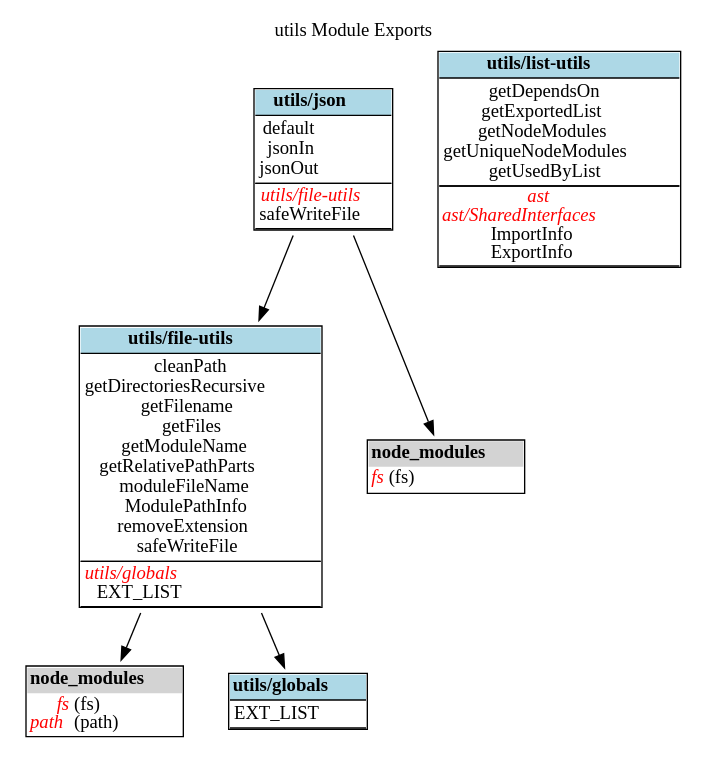
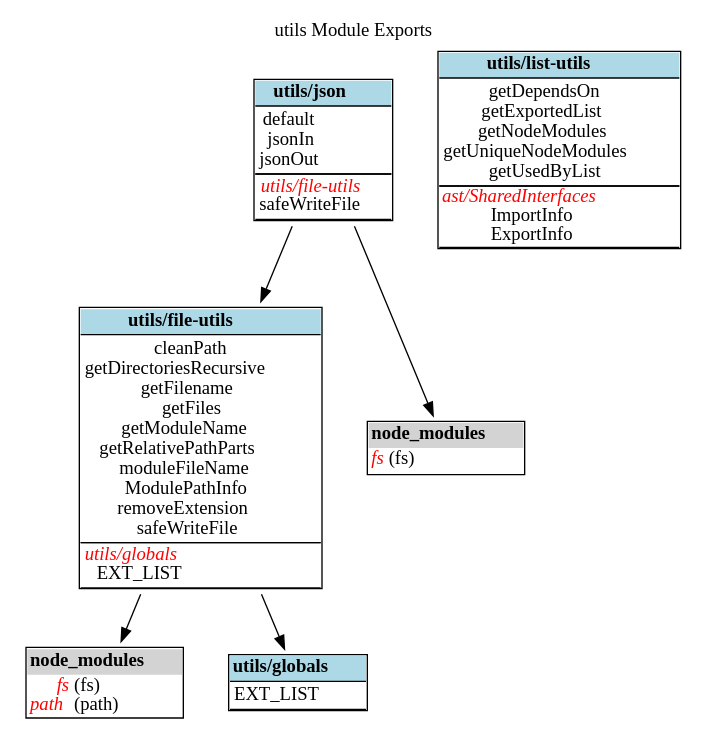
One commit to fleebe/GitHubPages changed the diagram in dep-graph-ts/utils/ExportGraph.dot. Above: the diagram before and after it, drawn with Graphviz. The commit also changed 97 other files, not shown here.

Commit message:
Update docs for dep-graph-ts from fleebe/dep-graph-ts workflow

```diff
--- a/dep-graph-ts/utils/ExportGraph.dot
+++ b/dep-graph-ts/utils/ExportGraph.dot
@@ -1,73 +1,72 @@
 digraph {label="utils Module Exports";
 labelloc="t";
 "utils/file-utils" [shape=none, label=<<TABLE cellspacing="0" cellborder="0" align="left">
 <TR><TD bgcolor="lightblue" align="center"><B>utils/file-utils</B></TD></TR>
 <TR><TD BORDER="1" SIDES="TB" align="left">
 cleanPath<BR/>
 getDirectoriesRecursive<BR/>
 getFilename<BR/>
 getFiles<BR/>
 getModuleName<BR/>
 getRelativePathParts<BR/>
 moduleFileName<BR/>
 ModulePathInfo<BR/>
 removeExtension<BR/>
 safeWriteFile<BR/>
 </TD></TR>
 <TR><TD BORDER="1" SIDES="TB" align="left">
 <font color="red"><I>utils/globals</I></font><BR/>
 EXT_LIST<BR/>
 </TD></TR>
 </TABLE>>];
 "utils/file-utils-node_modules" [shape=none, label=<<TABLE cellspacing="0" cellborder="0" align="left">
 <TR><TD bgcolor="lightgrey" align="center"><B>node_modules</B></TD></TR>
 <TR><TD align="left">
 <font color="red"><I>fs</I></font> (fs)<BR/>
 <font color="red"><I>path</I></font> (path)<BR/>
 </TD></TR>
 </TABLE>>];
 "utils/file-utils"->"utils/file-utils-node_modules";
 "utils/globals" [shape=none, label=<<TABLE cellspacing="0" cellborder="0" align="left">
 <TR><TD bgcolor="lightblue" align="center"><B>utils/globals</B></TD></TR>
 <TR><TD BORDER="1" SIDES="TB" align="left">
 EXT_LIST<BR/>
 </TD></TR>
 </TABLE>>];
 "utils/json" [shape=none, label=<<TABLE cellspacing="0" cellborder="0" align="left">
 <TR><TD bgcolor="lightblue" align="center"><B>utils/json</B></TD></TR>
 <TR><TD BORDER="1" SIDES="TB" align="left">
 default<BR/>
 jsonIn<BR/>
 jsonOut<BR/>
 </TD></TR>
 <TR><TD BORDER="1" SIDES="TB" align="left">
 <font color="red"><I>utils/file-utils</I></font><BR/>
 safeWriteFile<BR/>
 </TD></TR>
 </TABLE>>];
 "utils/json-node_modules" [shape=none, label=<<TABLE cellspacing="0" cellborder="0" align="left">
 <TR><TD bgcolor="lightgrey" align="center"><B>node_modules</B></TD></TR>
 <TR><TD align="left">
 <font color="red"><I>fs</I></font> (fs)<BR/>
 </TD></TR>
 </TABLE>>];
 "utils/json"->"utils/json-node_modules";
 "utils/list-utils" [shape=none, label=<<TABLE cellspacing="0" cellborder="0" align="left">
 <TR><TD bgcolor="lightblue" align="center"><B>utils/list-utils</B></TD></TR>
 <TR><TD BORDER="1" SIDES="TB" align="left">
 getDependsOn<BR/>
 getExportedList<BR/>
 getNodeModules<BR/>
 getUniqueNodeModules<BR/>
 getUsedByList<BR/>
 </TD></TR>
-<TR><TD BORDER="1" SIDES="TB" cellpadding="1" align="left" HREF="diagrams.html#ast" TARGET="_top">
-<font color="red"><I>ast</I></font><BR/>
+<TR><TD BORDER="1" SIDES="TB" cellpadding="1" align="left">
 <font color="red"><I>ast/SharedInterfaces</I></font><BR/>
 ImportInfo<BR/>
 ExportInfo<BR/>
 </TD></TR>
 </TABLE>>];
 "utils/file-utils"->"utils/globals";
 "utils/json"->"utils/file-utils";
 }
```
